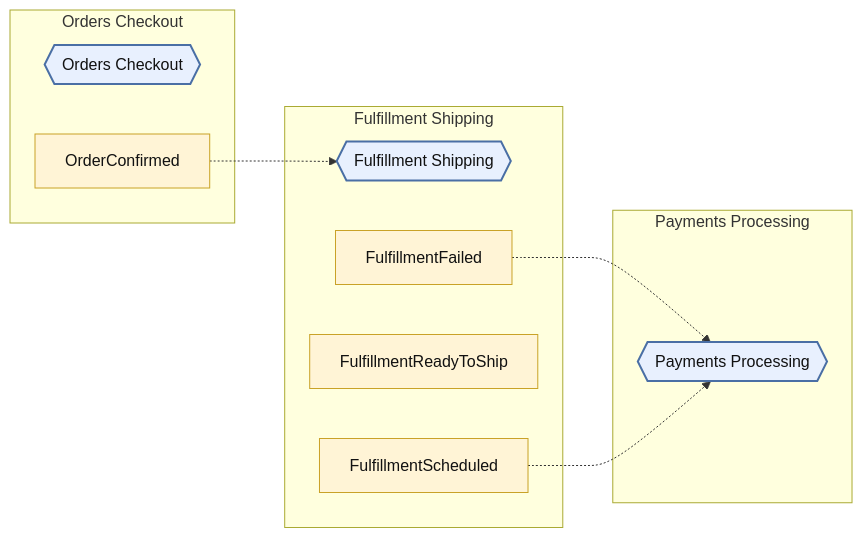
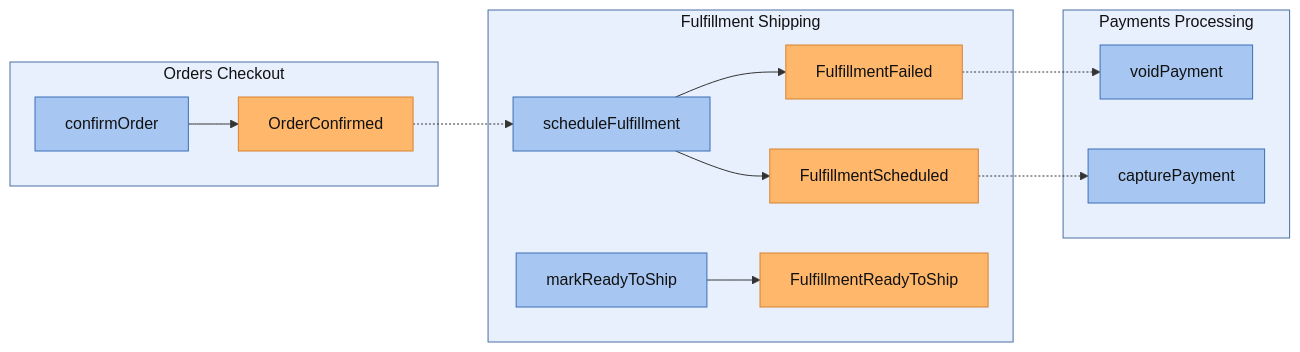
Before and after one commit to ZenWave360/dsl-kotlin: the first of 4 diagrams in dsl-docs/src/commonTest/resources/snapshots/arcadia-modulith/modules/fulfillment-shipping.md, drawn with Mermaid. The commit also changed other lines of this file and 13 other files, not shown here.

Commit message:
feat(docs): module pages with EventStorming, aggregates, lifecycle and glossary

````diff
--- a/dsl-docs/src/commonTest/resources/snapshots/arcadia-modulith/modules/fulfillment-shipping.md
+++ b/dsl-docs/src/commonTest/resources/snapshots/arcadia-modulith/modules/fulfillment-shipping.md
@@ -16,28 +16,36 @@
 ```mermaid
 flowchart LR
-  classDef module fill:#e8f0fe,stroke:#4a6fa5,stroke-width:2px,color:#111
-  classDef event fill:#fff4d6,stroke:#c9a227,color:#111
+  classDef module fill:#e8f0fe,stroke:#4a6fa5,color:#111
+  classDef command fill:#a7c7f2,stroke:#3b6fb6,color:#111
+  classDef event fill:#ffb76b,stroke:#d9822b,color:#111
 
   subgraph sg_FulfillmentShipping["Fulfillment Shipping"]
-    FulfillmentShipping{{"Fulfillment Shipping"}}
-    FulfillmentFailed["FulfillmentFailed"]
-    FulfillmentReadyToShip["FulfillmentReadyToShip"]
-    FulfillmentScheduled["FulfillmentScheduled"]
+    FulfillmentShipping__FulfillmentShippingService__scheduleFulfillment["scheduleFulfillment"]
+    FulfillmentShipping__FulfillmentShippingService__markReadyToShip["markReadyToShip"]
+    FulfillmentShipping__FulfillmentFailed["FulfillmentFailed"]
+    FulfillmentShipping__FulfillmentReadyToShip["FulfillmentReadyToShip"]
+    FulfillmentShipping__FulfillmentScheduled["FulfillmentScheduled"]
   end
 
   subgraph sg_OrdersCheckout["Orders Checkout"]
-    OrdersCheckout{{"Orders Checkout"}}
-    OrderConfirmed["OrderConfirmed"]
+    OrdersCheckout__OrdersCheckoutService__confirmOrder["confirmOrder"]
+    OrdersCheckout__OrderConfirmed["OrderConfirmed"]
   end
 
   subgraph sg_PaymentsProcessing["Payments Processing"]
-    PaymentsProcessing{{"Payments Processing"}}
+    PaymentsProcessing__PaymentsProcessingService__capturePayment["capturePayment"]
+    PaymentsProcessing__PaymentsProcessingService__voidPayment["voidPayment"]
   end
 
-  class FulfillmentShipping,OrdersCheckout,PaymentsProcessing module
-  class FulfillmentFailed,FulfillmentReadyToShip,FulfillmentScheduled,OrderConfirmed event
+  class sg_FulfillmentShipping,sg_OrdersCheckout,sg_PaymentsProcessing module
+  class FulfillmentShipping__FulfillmentShippingService__markReadyToShip,FulfillmentShipping__FulfillmentShippingService__scheduleFulfillment,OrdersCheckout__OrdersCheckoutService__confirmOrder,PaymentsProcessing__PaymentsProcessingService__capturePayment,PaymentsProcessing__PaymentsProcessingService__voidPayment command
+  class FulfillmentShipping__FulfillmentFailed,FulfillmentShipping__FulfillmentReadyToShip,FulfillmentShipping__FulfillmentScheduled,OrdersCheckout__OrderConfirmed event
 
-  FulfillmentFailed -.-> PaymentsProcessing
-  FulfillmentScheduled -.-> PaymentsProcessing
-  OrderConfirmed -.-> FulfillmentShipping
+  FulfillmentShipping__FulfillmentShippingService__markReadyToShip --> FulfillmentShipping__FulfillmentReadyToShip
+  FulfillmentShipping__FulfillmentShippingService__scheduleFulfillment --> FulfillmentShipping__FulfillmentFailed
+  FulfillmentShipping__FulfillmentShippingService__scheduleFulfillment --> FulfillmentShipping__FulfillmentScheduled
+  OrdersCheckout__OrdersCheckoutService__confirmOrder --> OrdersCheckout__OrderConfirmed
+  FulfillmentShipping__FulfillmentFailed -.-> PaymentsProcessing__PaymentsProcessingService__voidPayment
+  FulfillmentShipping__FulfillmentScheduled -.-> PaymentsProcessing__PaymentsProcessingService__capturePayment
+  OrdersCheckout__OrderConfirmed -.-> FulfillmentShipping__FulfillmentShippingService__scheduleFulfillment
 ```
````
